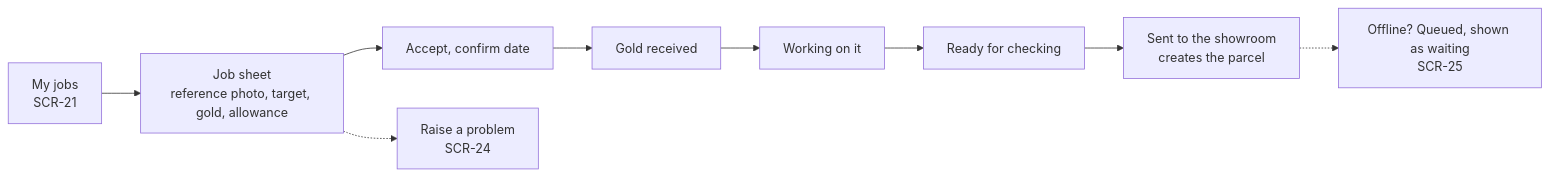
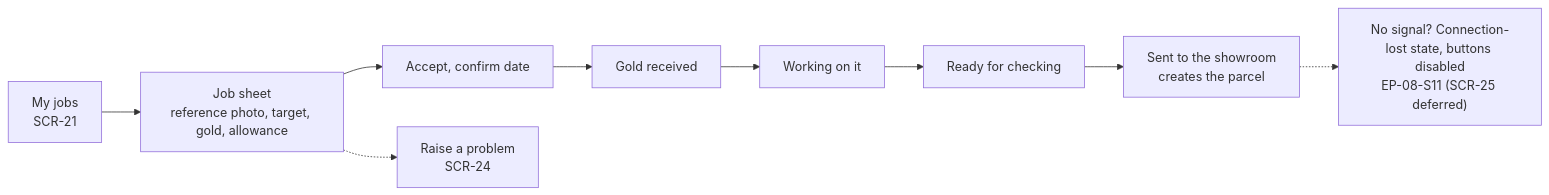
Before and after one commit to prabhu0023/Goldsmith-ERP: the fourth of 4 diagrams in docs/ux/UX-DESIGN.md, drawn with Mermaid. The commit also changed other lines of this file, not shown here.

````diff
--- a/docs/ux/UX-DESIGN.md
+++ b/docs/ux/UX-DESIGN.md
@@ -364,8 +364,8 @@
 ```mermaid
 flowchart LR
     A["My jobs<br/>SCR-21"] --> B["Job sheet<br/>reference photo, target, gold, allowance"]
     B --> C["Accept, confirm date"]
     C --> D["Gold received"] --> E["Working on it"] --> F["Ready for checking"] --> G["Sent to the showroom<br/>creates the parcel"]
     B -.-> P["Raise a problem<br/>SCR-24"]
-    G -.-> Q["Offline? Queued, shown as waiting<br/>SCR-25"]
+    G -.-> Q["No signal? Connection-lost state, buttons disabled<br/>EP-08-S11 (SCR-25 deferred)"]
 ```
````
